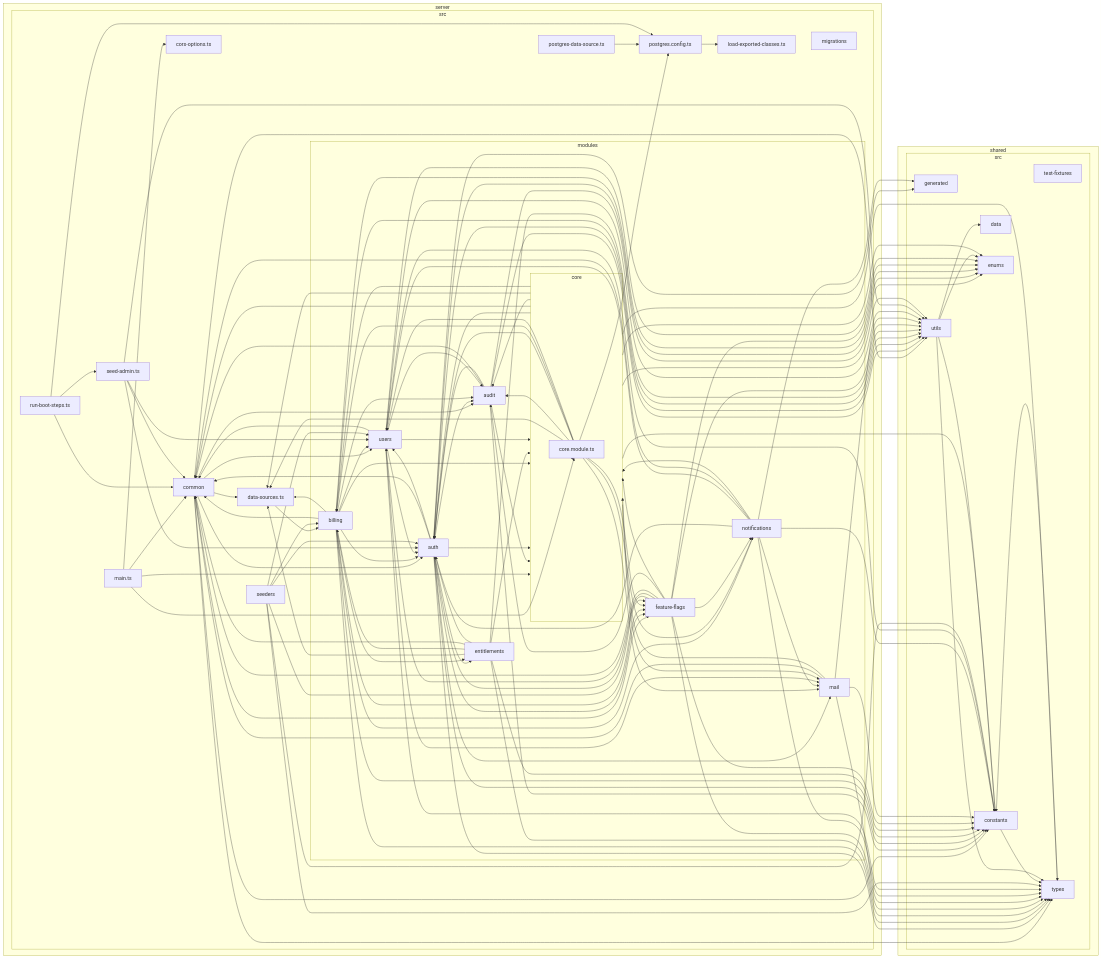
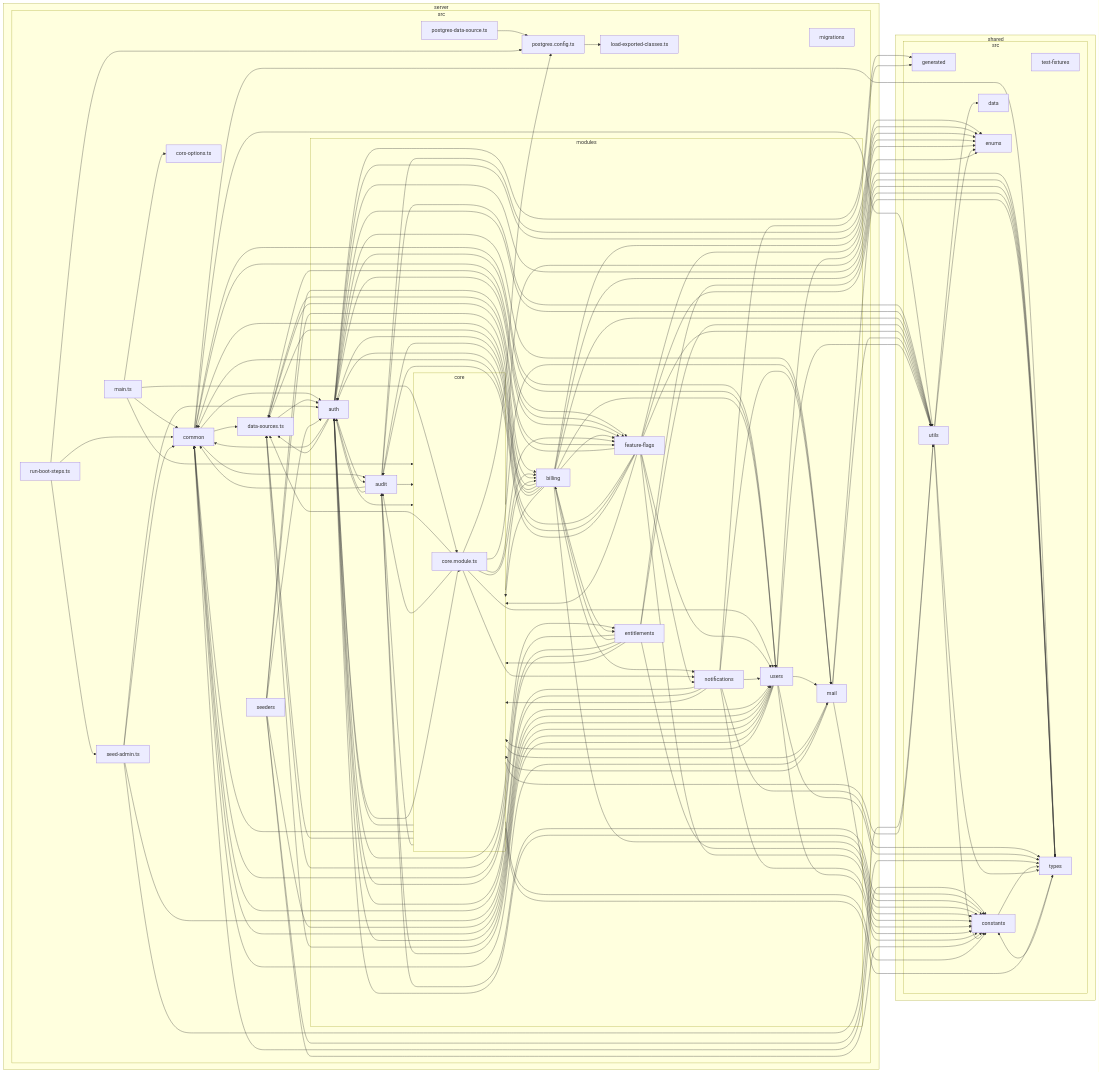
Before and after one commit to tauinbox/client-server-starter-app: the second of 5 diagrams in architecture/dependency-graph.md, drawn with Mermaid. The commit also changed 77 other files, not shown here.

```diff
--- a/architecture/dependency-graph.md
+++ b/architecture/dependency-graph.md
@@ -87,7 +87,9 @@
 2-->F
 2-->I
 2-->9
+4-->A
 4-->B
+4-->F
 6-->2
 6-->3
 6-->C
@@ -98,10 +100,11 @@
 9-->2
 9-->A
 9-->Q
+A-->V
 A-->T
-A-->V
 A-->9
 A-->2
+A-->4
 A-->C
 A-->E
 A-->I
@@ -128,8 +131,8 @@
 C-->A
 C-->2
 C-->Q
+C-->4
 C-->9
-C-->4
 C-->W
 C-->B
 C-->G
@@ -153,6 +156,7 @@
 E-->A
 F-->Q
 F-->V
+F-->4
 F-->A
 F-->C
 F-->H
@@ -178,6 +182,7 @@
 I-->A
 I-->Q
 I-->V
+I-->4
 I-->9
 I-->G
 I-->W
```
